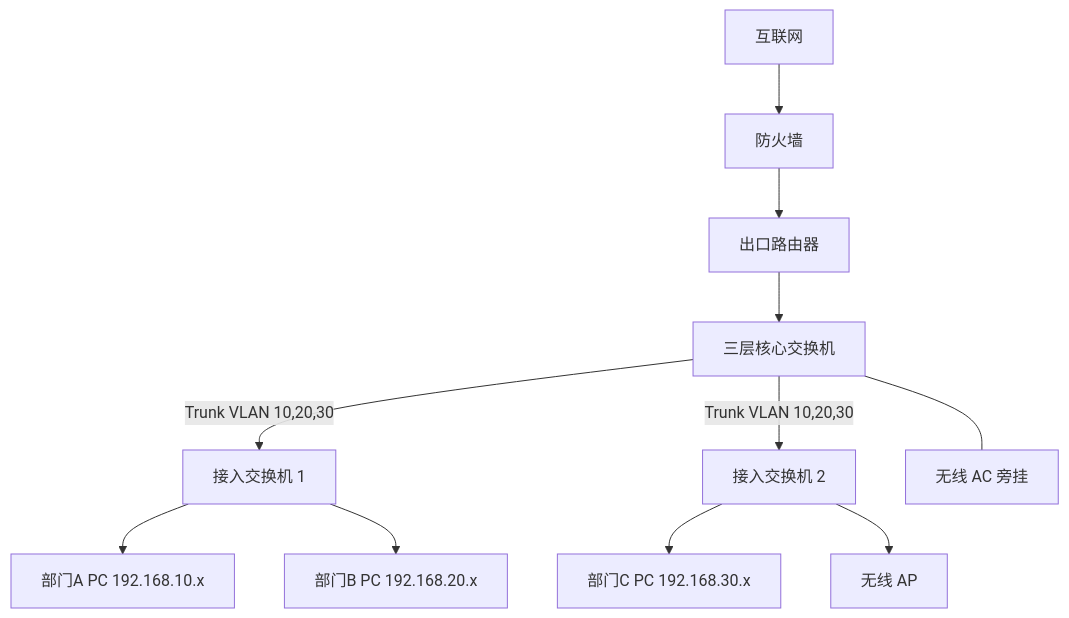
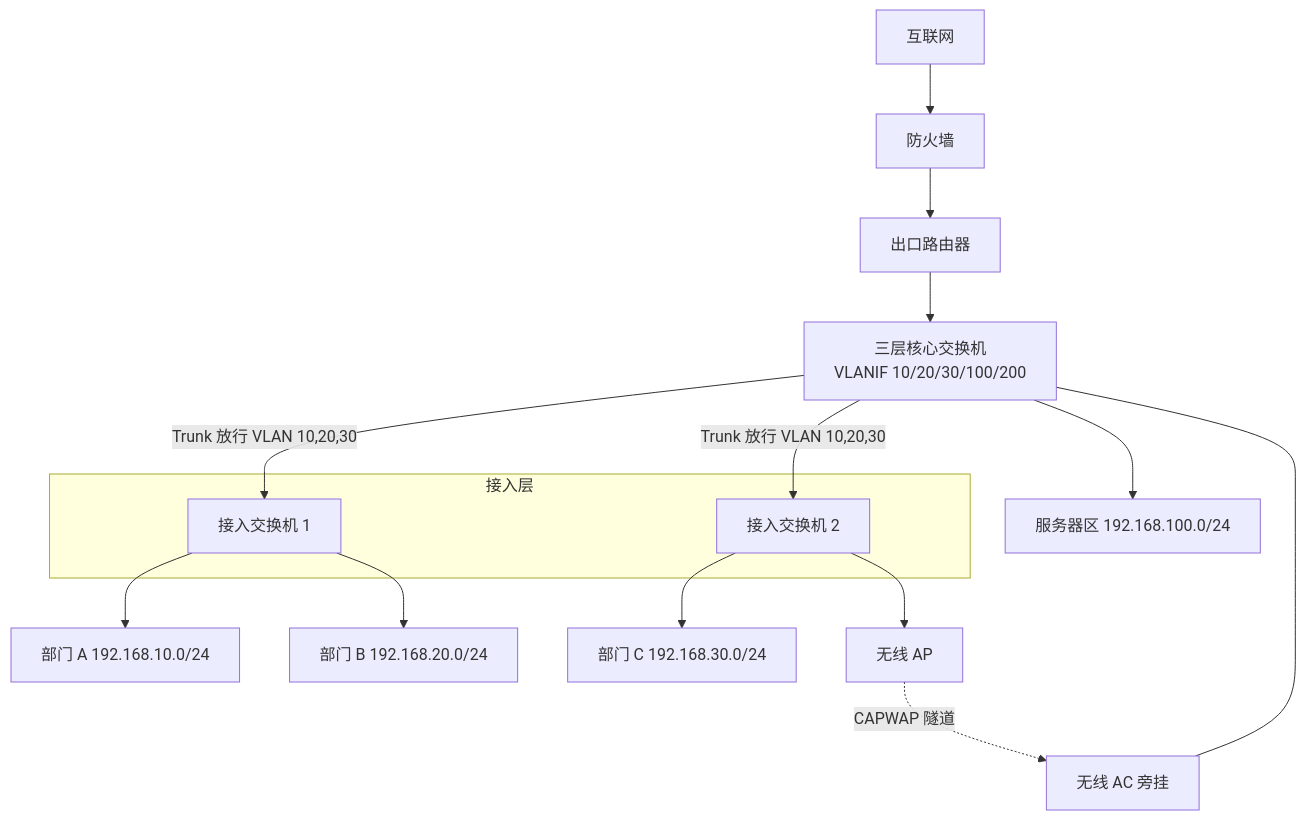
The sixth of 6 diagrams in 软考中级网络工程/14.0-企业网设备与局域网组建.md (theforeveriris/mynote-during-2026-2027), drawn with Mermaid before and after one commit. The commit also changed other lines of this file and 42 other files, not shown here.

Commit message:
移除笔记中的截图引用，改用Mermaid重绘图示，并联网校正知识点；题库部分对照公开真题补全选项与答案

````diff
--- a/软考中级网络工程/14.0-企业网设备与局域网组建.md
+++ b/软考中级网络工程/14.0-企业网设备与局域网组建.md
@@ -820,13 +685,19 @@
 ```mermaid
-graph TD
-  ISP[互联网] --> FW[防火墙]
-  FW --> R[出口路由器]
-  R --> CORE[三层核心交换机]
-  CORE -->|Trunk VLAN 10,20,30| SW1[接入交换机 1]
-  CORE -->|Trunk VLAN 10,20,30| SW2[接入交换机 2]
-  SW1 --> A1[部门A PC 192.168.10.x]
-  SW1 --> A2[部门B PC 192.168.20.x]
-  SW2 --> B1[部门C PC 192.168.30.x]
-  SW2 --> AP[无线 AP]
-  CORE --- AC[无线 AC 旁挂]
+flowchart TD
+  INET["互联网"] --> FW["防火墙"]
+  FW --> R["出口路由器"]
+  R --> CORE["三层核心交换机<br/>VLANIF 10/20/30/100/200"]
+  subgraph ACC["接入层"]
+    SW1["接入交换机 1"]
+    SW2["接入交换机 2"]
+  end
+  CORE -->|"Trunk 放行 VLAN 10,20,30"| SW1
+  CORE -->|"Trunk 放行 VLAN 10,20,30"| SW2
+  SW1 --> A["部门 A 192.168.10.0/24"]
+  SW1 --> B["部门 B 192.168.20.0/24"]
+  SW2 --> C["部门 C 192.168.30.0/24"]
+  SW2 --> AP["无线 AP"]
+  AC["无线 AC 旁挂"] --- CORE
+  AP -.->|"CAPWAP 隧道"| AC
+  CORE --> SRV["服务器区 192.168.100.0/24"]
 ```
````
